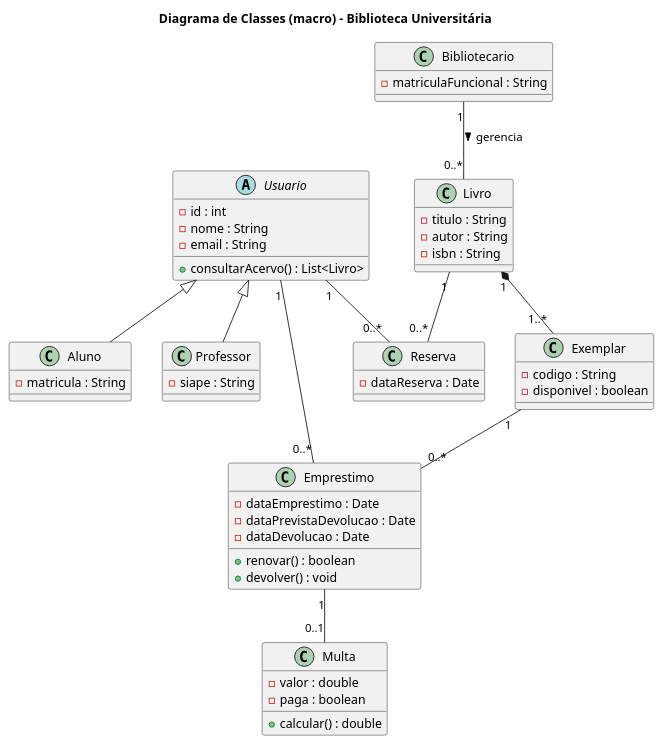
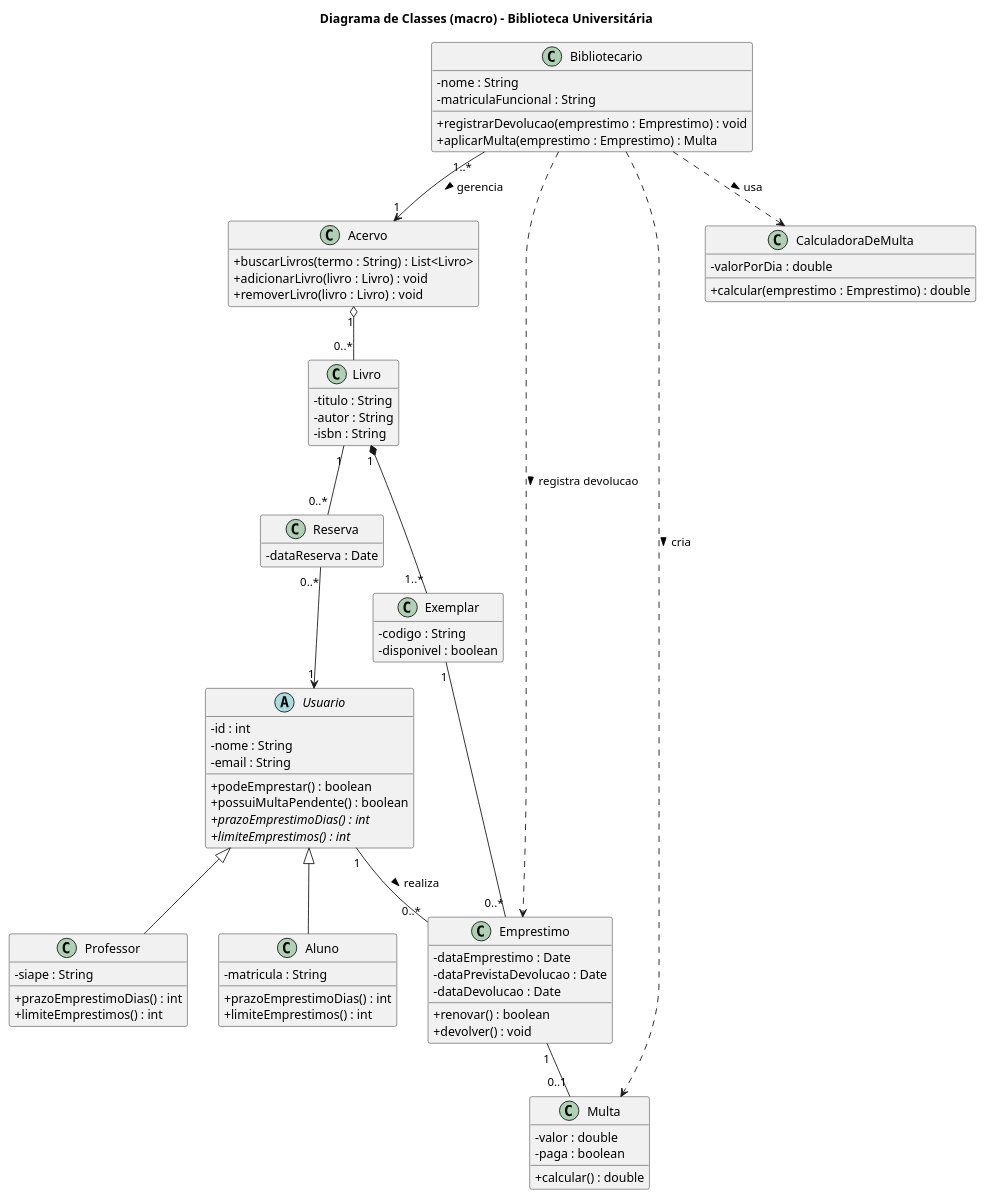
Before and after one commit to GabrielBGarcia/MODELAGEM-DE-SOFTWARE: the diagram in biblioteca-uml/diagramas/classes/classes.puml, drawn with PlantUML. The commit also changed 1 other file, not shown here.

Commit message:
diagrama de classes: módulo usuários

```diff
--- a/biblioteca-uml/diagramas/classes/classes.puml
+++ b/biblioteca-uml/diagramas/classes/classes.puml
@@ -1,55 +1,95 @@
 @startuml classes
 title Diagrama de Classes (macro) – Biblioteca Universitária
+
+skinparam classAttributeIconSize 0
+skinparam shadowing false
+hide empty members
 
 abstract class Usuario {
   - id : int
   - nome : String
   - email : String
-  + consultarAcervo() : List<Livro>
+  + podeEmprestar() : boolean
+  + possuiMultaPendente() : boolean
+  + {abstract} prazoEmprestimoDias() : int
+  + {abstract} limiteEmprestimos() : int
 }
 class Aluno {
   - matricula : String
+  + prazoEmprestimoDias() : int
+  + limiteEmprestimos() : int
 }
 class Professor {
   - siape : String
+  + prazoEmprestimoDias() : int
+  + limiteEmprestimos() : int
 }
 class Bibliotecario {
+  - nome : String
   - matriculaFuncional : String
+  + registrarDevolucao(emprestimo : Emprestimo) : void
+  + aplicarMulta(emprestimo : Emprestimo) : Multa
+}
+class Acervo {
+  + buscarLivros(termo : String) : List<Livro>
+  + adicionarLivro(livro : Livro) : void
+  + removerLivro(livro : Livro) : void
 }
 class Livro {
   - titulo : String
   - autor : String
   - isbn : String
 }
 class Exemplar {
   - codigo : String
   - disponivel : boolean
 }
 class Emprestimo {
   - dataEmprestimo : Date
   - dataPrevistaDevolucao : Date
   - dataDevolucao : Date
   + renovar() : boolean
   + devolver() : void
 }
 class Reserva {
   - dataReserva : Date
 }
 class Multa {
   - valor : double
   - paga : boolean
   + calcular() : double
 }
+class CalculadoraDeMulta {
+  - valorPorDia : double
+  + calcular(emprestimo : Emprestimo) : double
+}
 
+'herança'
 Usuario <|-- Aluno
 Usuario <|-- Professor
+
+'associação simples entre usuario e emprestimo'
+Usuario "1" -- "0..*" Emprestimo : realiza >
+
+'associação direcionada'
+Reserva "0..*" --> "1" Usuario
+
+'associação direcionada'
+Bibliotecario "1..*" --> "1" Acervo : gerencia >
+
+'dependências'
+Bibliotecario ..> Emprestimo : registra devolucao >
+Bibliotecario ..> Multa : cria >
+
+'classe nova: acervo'
+Bibliotecario ..> CalculadoraDeMulta : usa >
+
+'classe nova: acervo'
+Acervo "1" o-- "0..*" Livro
+
+'macro'
 Livro "1" *-- "1..*" Exemplar
-Usuario "1" -- "0..*" Emprestimo
 Exemplar "1" -- "0..*" Emprestimo
-Usuario "1" -- "0..*" Reserva
 Livro "1" -- "0..*" Reserva
 Emprestimo "1" -- "0..1" Multa
-Bibliotecario "1" -- "0..*" Livro : gerencia >
-
-' TODO: revisar métodos, visibilidade e multiplicidades
 @enduml
```
